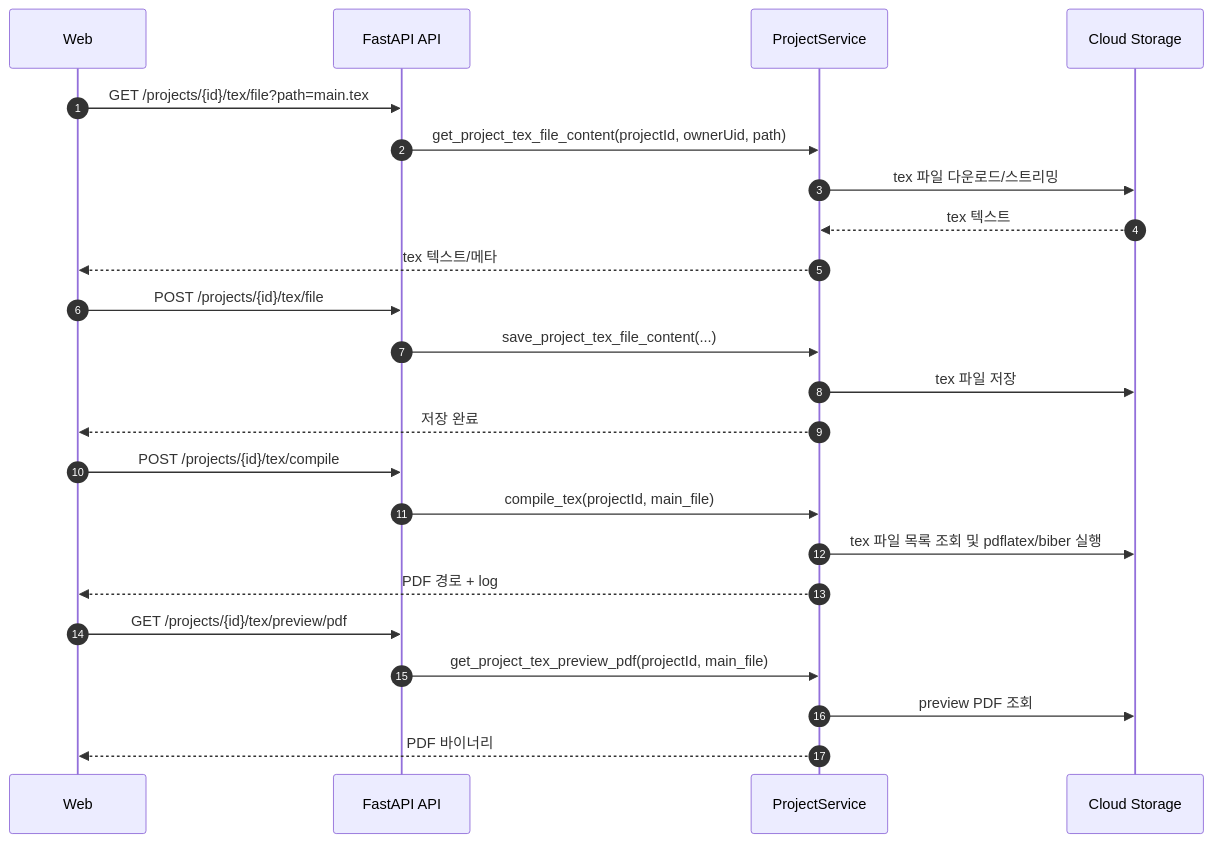
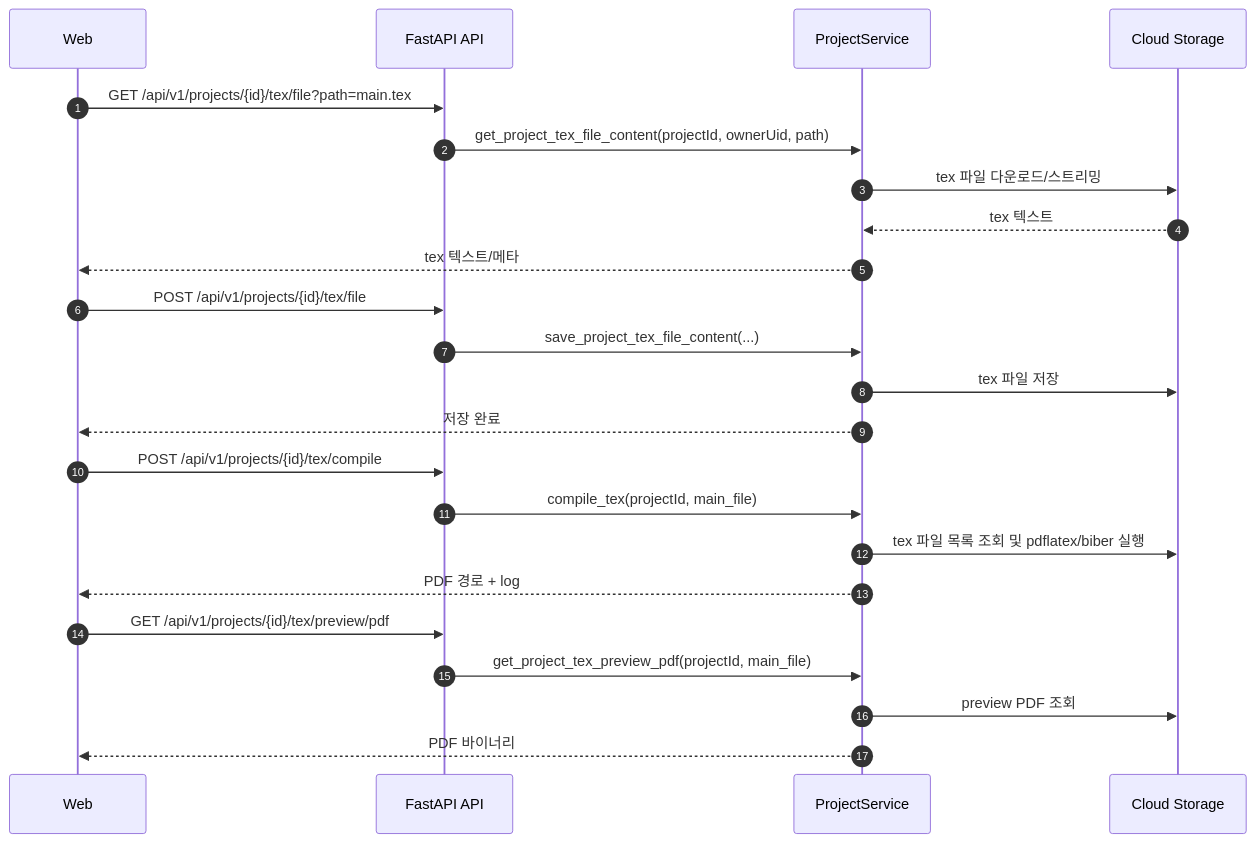
Diagram 13 of 15 in 프로젝트_서비스_구조_및_도메인별_기능서.md (hwacho9/ai-paper), drawn with Mermaid before and after one commit. The commit also changed other lines of this file and 1 other file, not shown here.

First line of the commit message:
feat: Add comprehensive documentation for AI Paper project architecture and domain logic

````diff
--- a/프로젝트_서비스_구조_및_도메인별_기능서.md
+++ b/프로젝트_서비스_구조_및_도메인별_기능서.md
@@ -917,29 +875,29 @@
 ```mermaid
 sequenceDiagram
   autonumber
   participant W as Web
   participant API as FastAPI API
   participant TS as ProjectService
   participant FS as Cloud Storage
 
-  W->>API: GET /projects/{id}/tex/file?path=main.tex
+  W->>API: GET /api/v1/projects/{id}/tex/file?path=main.tex
   API->>TS: get_project_tex_file_content(projectId, ownerUid, path)
   TS->>FS: tex 파일 다운로드/스트리밍
   FS-->>TS: tex 텍스트
   TS-->>W: tex 텍스트/메타
 
-  W->>API: POST /projects/{id}/tex/file
+  W->>API: POST /api/v1/projects/{id}/tex/file
   API->>TS: save_project_tex_file_content(...)
   TS->>FS: tex 파일 저장
   TS-->>W: 저장 완료
 
-  W->>API: POST /projects/{id}/tex/compile
+  W->>API: POST /api/v1/projects/{id}/tex/compile
   API->>TS: compile_tex(projectId, main_file)
   TS->>FS: tex 파일 목록 조회 및 pdflatex/biber 실행
   TS-->>W: PDF 경로 + log
 
-  W->>API: GET /projects/{id}/tex/preview/pdf
+  W->>API: GET /api/v1/projects/{id}/tex/preview/pdf
   API->>TS: get_project_tex_preview_pdf(projectId, main_file)
   TS->>FS: preview PDF 조회
   TS-->>W: PDF 바이너리
 ```
````
